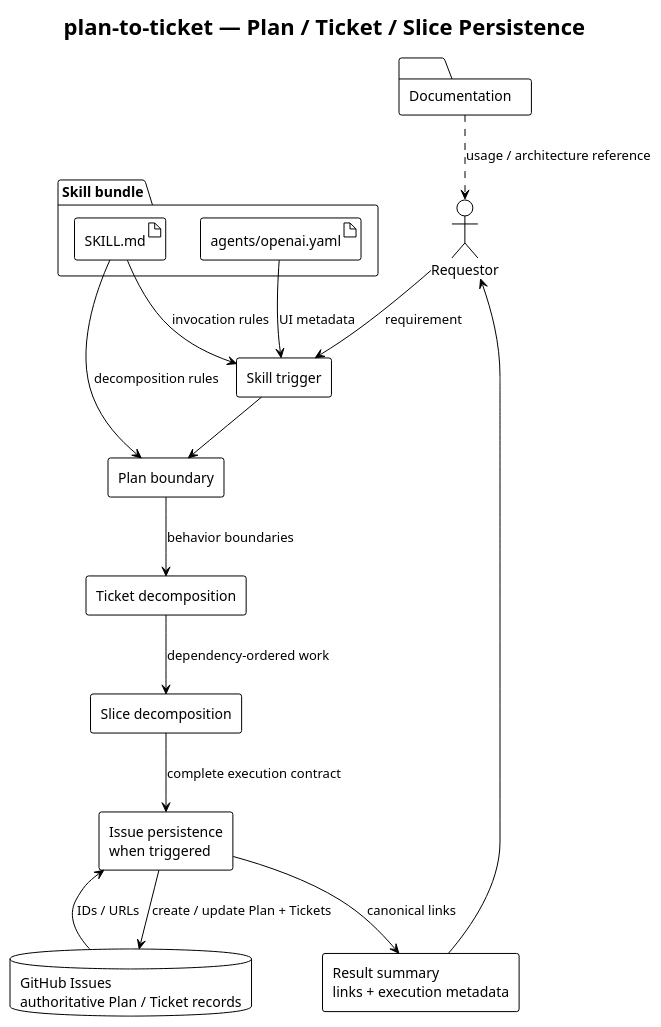
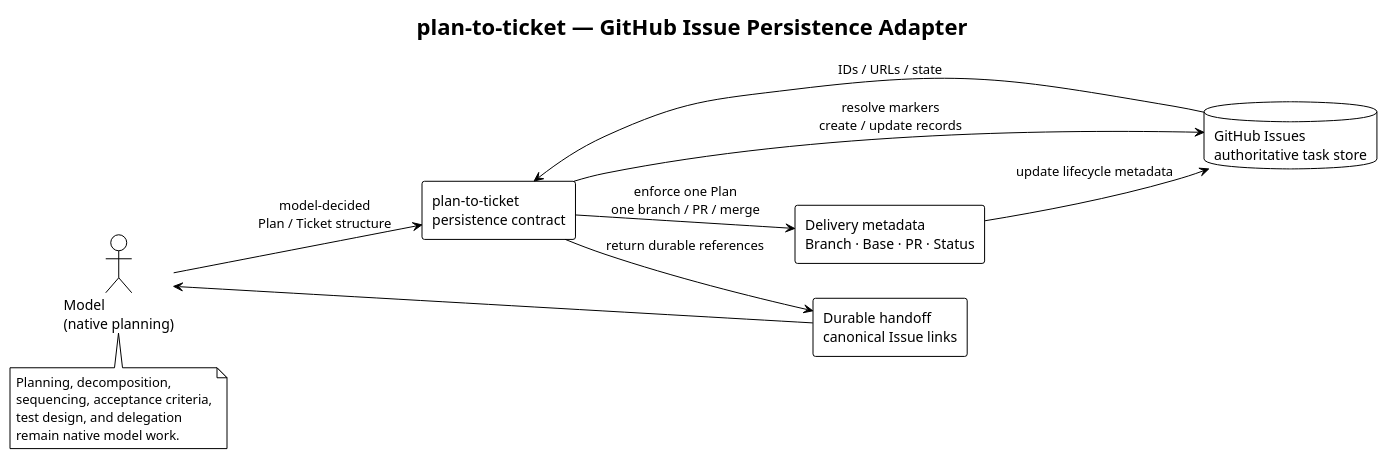
Before and after one commit to i-zrhe2016/codex-development-workflow: the diagram in docs/skills/plan-to-ticket/diagrams/plan-to-ticket-architecture.puml, drawn with PlantUML.

Commit message:
docs: show persistence-only plan-to-ticket architecture

```diff
--- a/docs/skills/plan-to-ticket/diagrams/plan-to-ticket-architecture.puml
+++ b/docs/skills/plan-to-ticket/diagrams/plan-to-ticket-architecture.puml
@@ -1,39 +1,30 @@
 @startuml
 !theme plain
-top to bottom direction
+left to right direction
 skinparam shadowing false
 skinparam defaultFontName Arial
 skinparam componentStyle rectangle
 
-title plan-to-ticket — Plan / Ticket / Slice Persistence
+title plan-to-ticket — GitHub Issue Persistence Adapter
 
-actor "Requestor" as requestor
-component "Skill trigger" as trigger
-component "Plan boundary" as plan
-component "Ticket decomposition" as tickets
-component "Slice decomposition" as slices
-component "Issue persistence\nwhen triggered" as persistence
-database "GitHub Issues\nauthoritative Plan / Ticket records" as issues
-component "Result summary\nlinks + execution metadata" as output
+actor "Model\n(native planning)" as model
+component "plan-to-ticket\npersistence contract" as skill
+database "GitHub Issues\nauthoritative task store" as issues
+component "Delivery metadata\nBranch · Base · PR · Status" as delivery
+component "Durable handoff\ncanonical Issue links" as output
 
-folder "Skill bundle" as bundle {
-  artifact "SKILL.md" as skill
-  artifact "agents/openai.yaml" as metadata
-}
-folder "Documentation" as docs
+model --> skill : model-decided\nPlan / Ticket structure
+skill --> issues : resolve markers\ncreate / update records
+issues --> skill : IDs / URLs / state
+skill --> delivery : enforce one Plan\none branch / PR / merge
+delivery --> issues : update lifecycle metadata
+skill --> output : return durable references
+output --> model
 
-requestor --> trigger : requirement
-trigger --> plan
-plan --> tickets : behavior boundaries
-tickets --> slices : dependency-ordered work
-slices --> persistence : complete execution contract
-persistence --> issues : create / update Plan + Tickets
-issues --> persistence : IDs / URLs
-persistence --> output : canonical links
-output --> requestor
-
-skill --> trigger : invocation rules
-skill --> plan : decomposition rules
-metadata --> trigger : UI metadata
-docs ..> requestor : usage / architecture reference
+note bottom of model
+Planning, decomposition,
+sequencing, acceptance criteria,
+test design, and delegation
+remain native model work.
+end note
 @enduml
```
